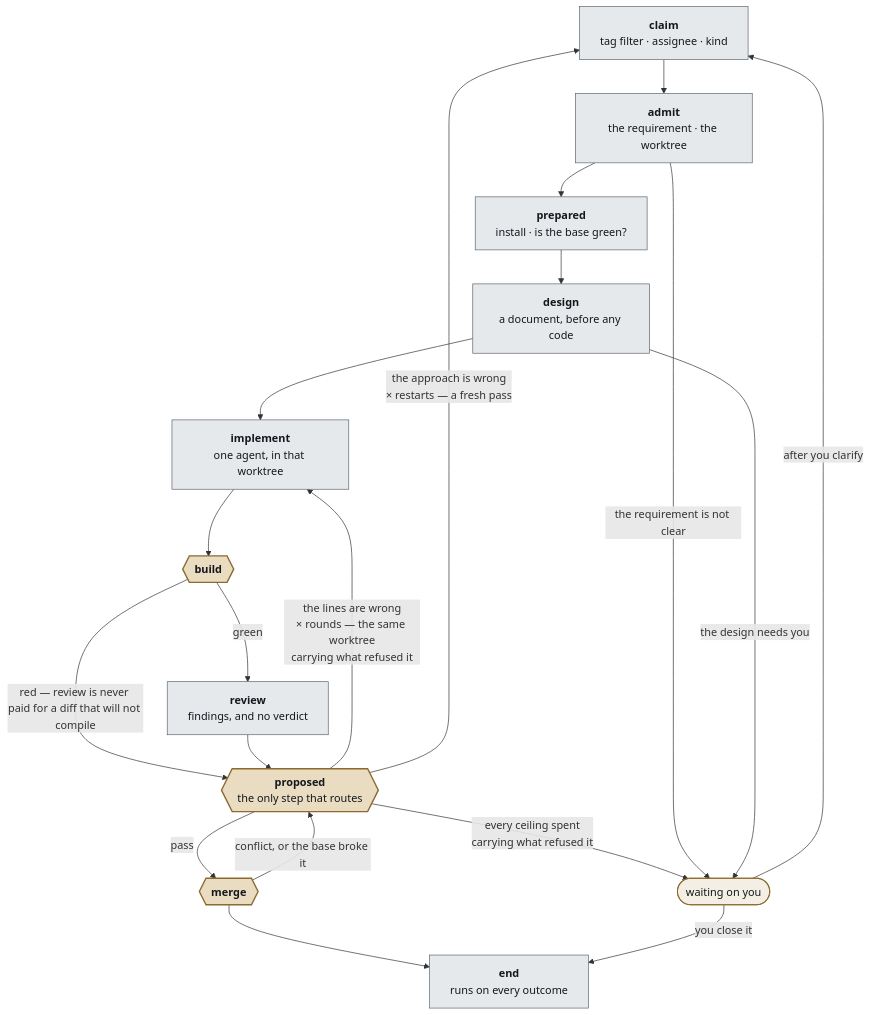
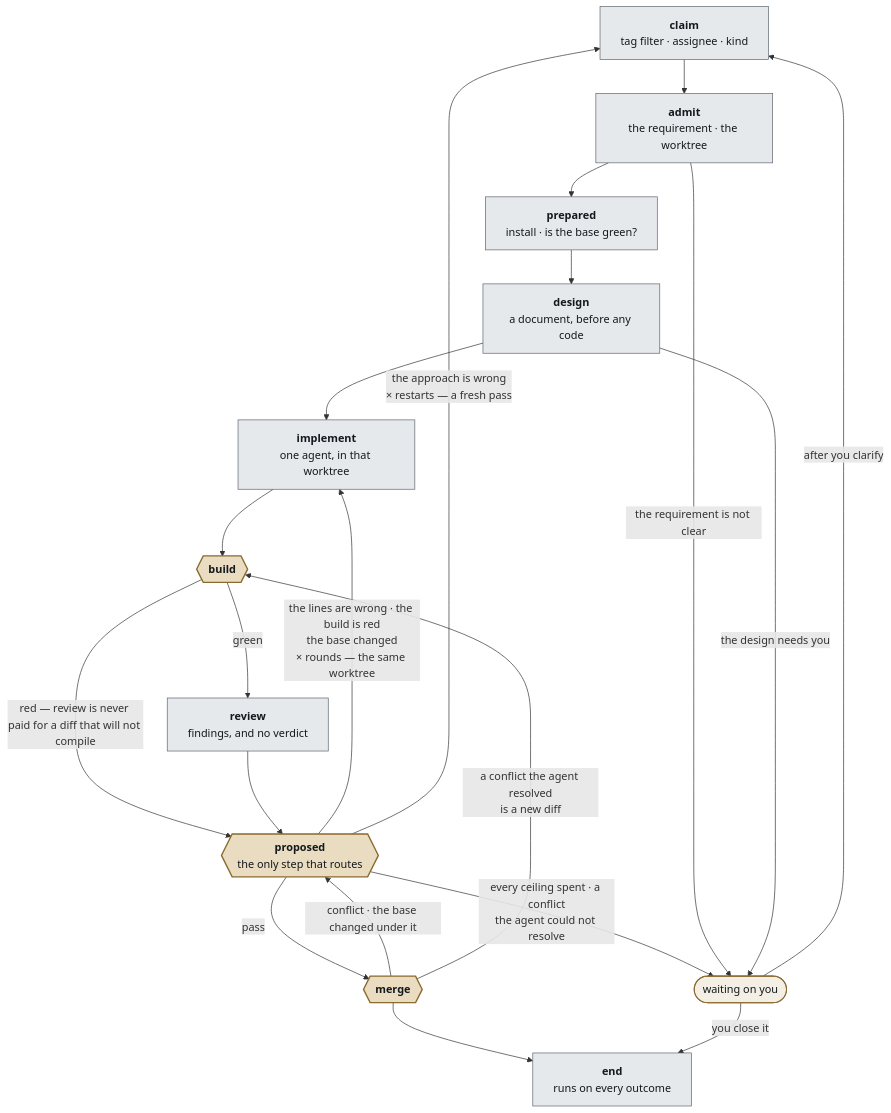
Before and after one commit to steven-zhc/lingtai: the diagram in doc/decisions/0058-lingtai-is-a-development-pipeline.md, drawn with Mermaid. The commit also changed other lines of this file, not shown here.

First line of the commit message:
0058: a conflict the agent resolved goes back to build, so every path into end was reviewed

````diff
--- a/doc/decisions/0058-lingtai-is-a-development-pipeline.md
+++ b/doc/decisions/0058-lingtai-is-a-development-pipeline.md
@@ -194,37 +194,38 @@
 ```mermaid
 flowchart TB
   CL["<b>claim</b><br/>tag filter · assignee · kind"]
   AD["<b>admit</b><br/>the requirement · the worktree"]
   PR["<b>prepared</b><br/>install · is the base green?"]
   DS["<b>design</b><br/>a document, before any code"]
   IM["<b>implement</b><br/>one agent, in that worktree"]
   BU{{"<b>build</b>"}}
   RV["<b>review</b><br/>findings, and no verdict"]
   PO{{"<b>proposed</b><br/>the only step that routes"}}
   MG{{"<b>merge</b>"}}
   EN["<b>end</b><br/>runs on every outcome"]
   WA(["waiting on you"])
 
   CL --> AD --> PR --> DS --> IM --> BU
   BU -->|"green"| RV
   BU -->|"red — review is never paid for a diff that will not compile"| PO
   RV --> PO
   PO -->|"pass"| MG
   MG --> EN
-  MG -->|"conflict, or the base broke it"| PO
+  MG -->|"conflict · the base changed under it"| PO
+  MG -->|"a conflict the agent resolved<br/>is a new diff"| BU
 
-  PO -->|"the lines are wrong<br/>× rounds — the same worktree<br/>carrying what refused it"| IM
+  PO -->|"the lines are wrong · the build is red<br/>the base changed<br/>× rounds — the same worktree"| IM
   PO -->|"the approach is wrong<br/>× restarts — a fresh pass"| CL
-  PO -->|"every ceiling spent<br/>carrying what refused it"| WA
+  PO -->|"every ceiling spent · a conflict<br/>the agent could not resolve"| WA
   AD -->|"the requirement is not clear"| WA
   DS -->|"the design needs you"| WA
   WA -->|"after you clarify"| CL
   WA -->|"you close it"| EN
 
   classDef gate fill:#e9dcc0,stroke:#8a6a2e,stroke-width:2px,color:#14181c;
   classDef core fill:#e6e9ec,stroke:#5c646d,color:#14181c;
   classDef back fill:#f3efe4,stroke:#8a6a2e,stroke-width:1.5px,color:#14181c;
   class BU,PO,MG gate;
   class CL,AD,PR,DS,IM,RV,EN core;
   class WA back;
 ```
````
